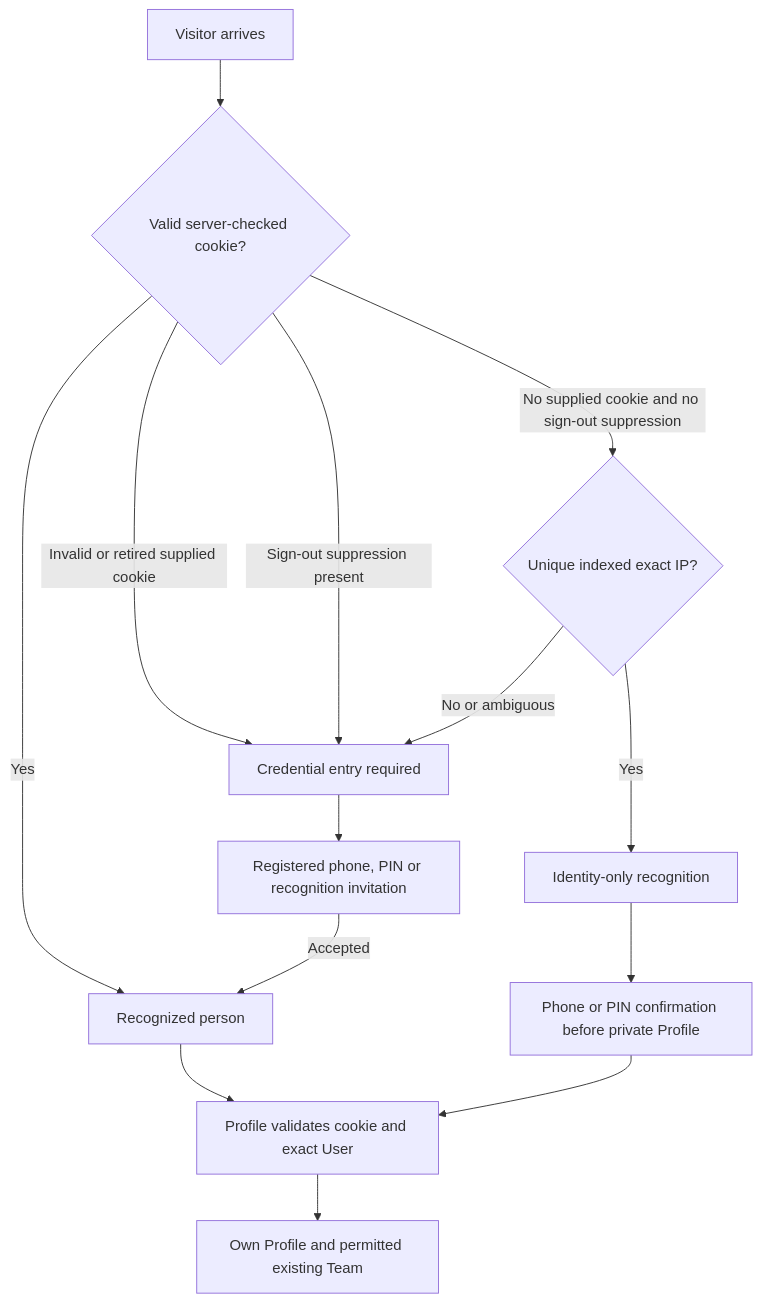
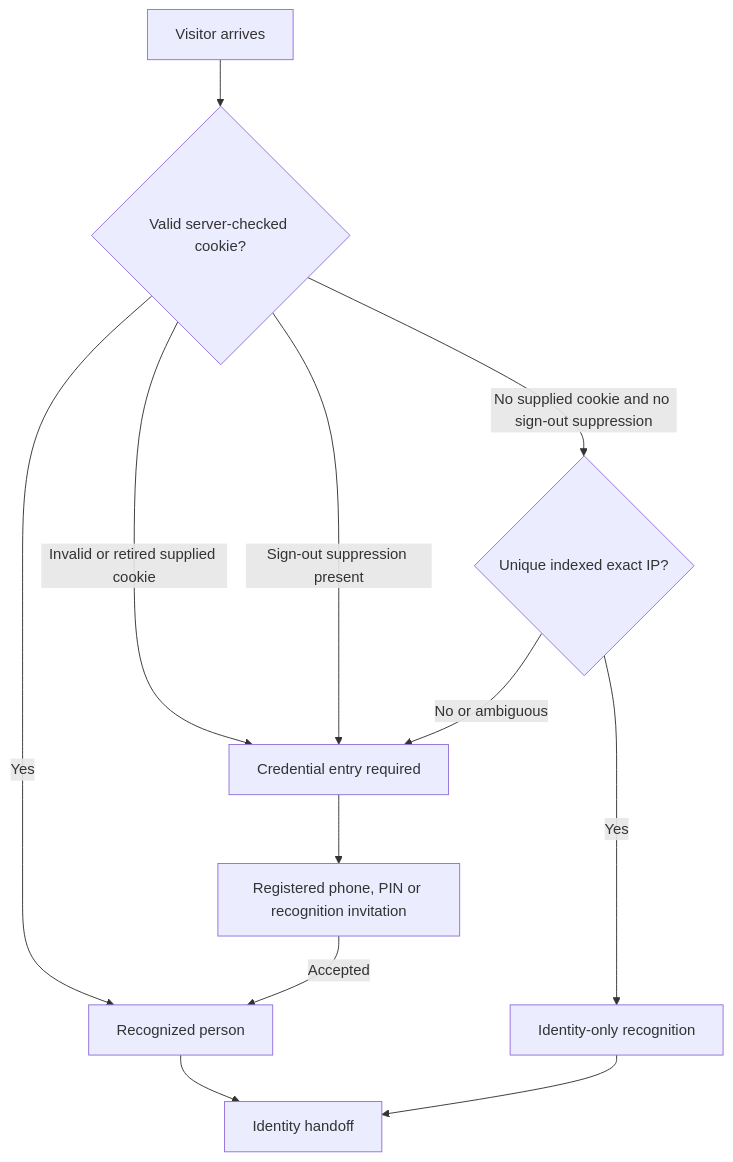
One commit to sportdogfood/ringstatus changed the diagram in docs/recognize/README.md. Above: the diagram before and after it, drawn with Mermaid. The commit also changed other lines of this file and 6 other files, not shown here.

Commit message:
Separate Recognize ownership and prepare Profile coordinator handoff

````diff
--- a/docs/recognize/README.md
+++ b/docs/recognize/README.md
@@ -25,16 +27,14 @@
 ```mermaid
 flowchart TD
     A[Visitor arrives] --> B{Valid server-checked cookie?}
     B -->|Yes| C[Recognized person]
     B -->|No supplied cookie and no sign-out suppression| D{Unique indexed exact IP?}
     B -->|Invalid or retired supplied cookie| F[Credential entry required]
     B -->|Sign-out suppression present| F
     D -->|Yes| E[Identity-only recognition]
     D -->|No or ambiguous| F
     F --> G[Registered phone, PIN or recognition invitation]
     G -->|Accepted| C
-    C --> H[Profile validates cookie and exact User]
-    E --> I[Phone or PIN confirmation before private Profile]
-    I --> H
-    H --> J[Own Profile and permitted existing Team]
+    C --> H[Identity handoff]
+    E --> H
 ```
````
